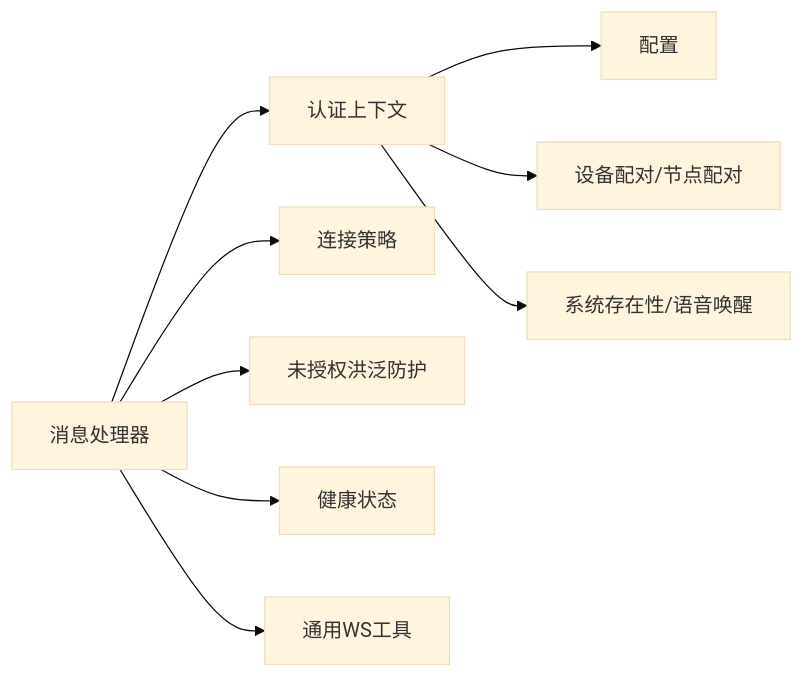
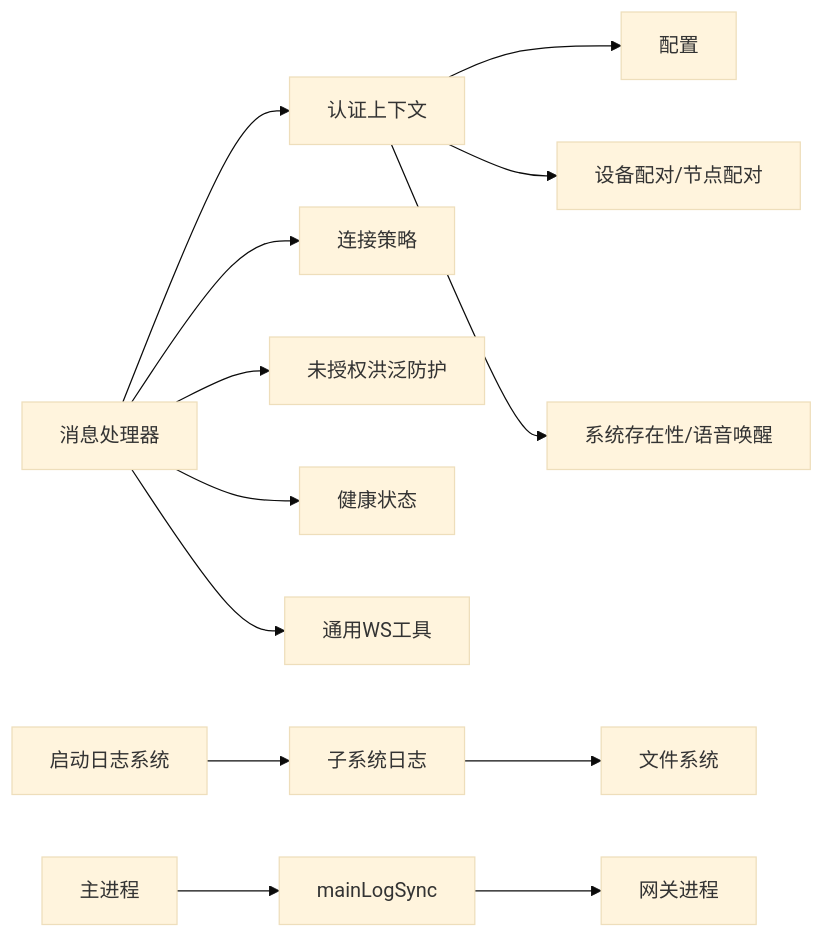
The tenth of 10 diagrams in .qoder/repowiki/zh/content/网关服务器/网关服务器.md (verse-ai-org/openclaw), drawn with Mermaid (base theme) before and after one commit. The commit also changed other lines of this file and 32 other files, not shown here.

````diff
--- a/.qoder/repowiki/zh/content/网关服务器/网关服务器.md
+++ b/.qoder/repowiki/zh/content/网关服务器/网关服务器.md
@@ -244,11 +358,15 @@
 ```mermaid
 graph LR
 MH["消息处理器"] --> AC["认证上下文"]
 MH --> CP["连接策略"]
 MH --> UF["未授权洪泛防护"]
 MH --> HS["健康状态"]
 MH --> WS["通用WS工具"]
 AC --> CFG["配置"]
 AC --> DEV["设备配对/节点配对"]
 AC --> SYS["系统存在性/语音唤醒"]
+Startup["启动日志系统"] --> SS["子系统日志"]
+SS --> FS["文件系统"]
+Main["主进程"] --> Sync["mainLogSync"]
+Sync --> Gateway["网关进程"]
 ```
````
